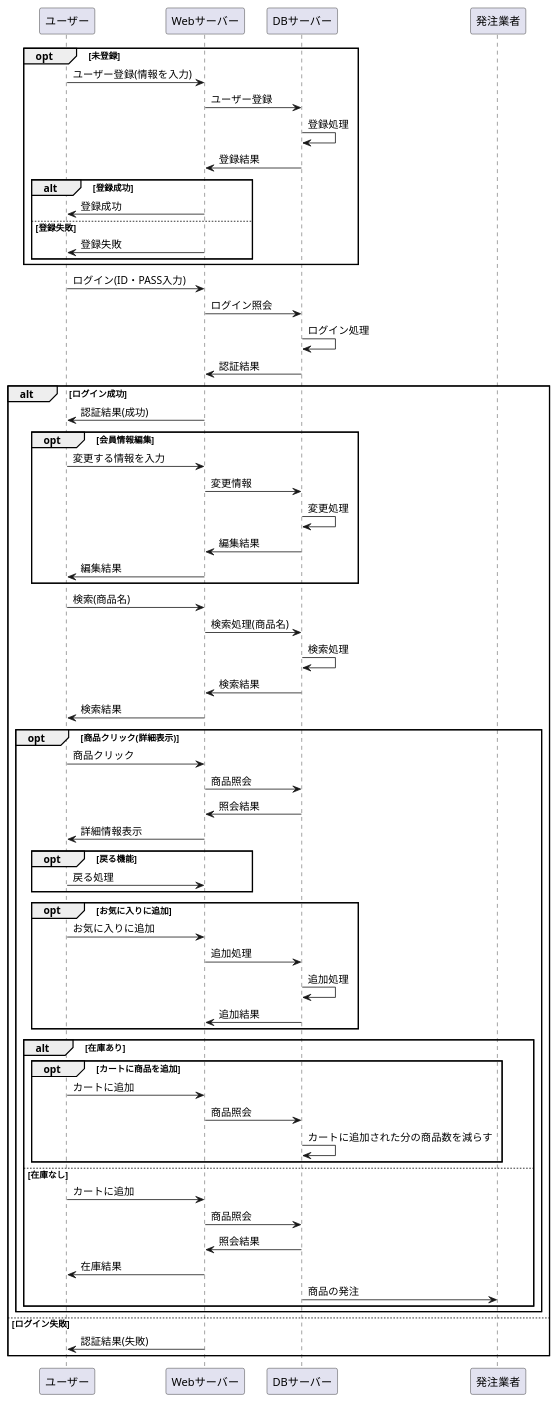
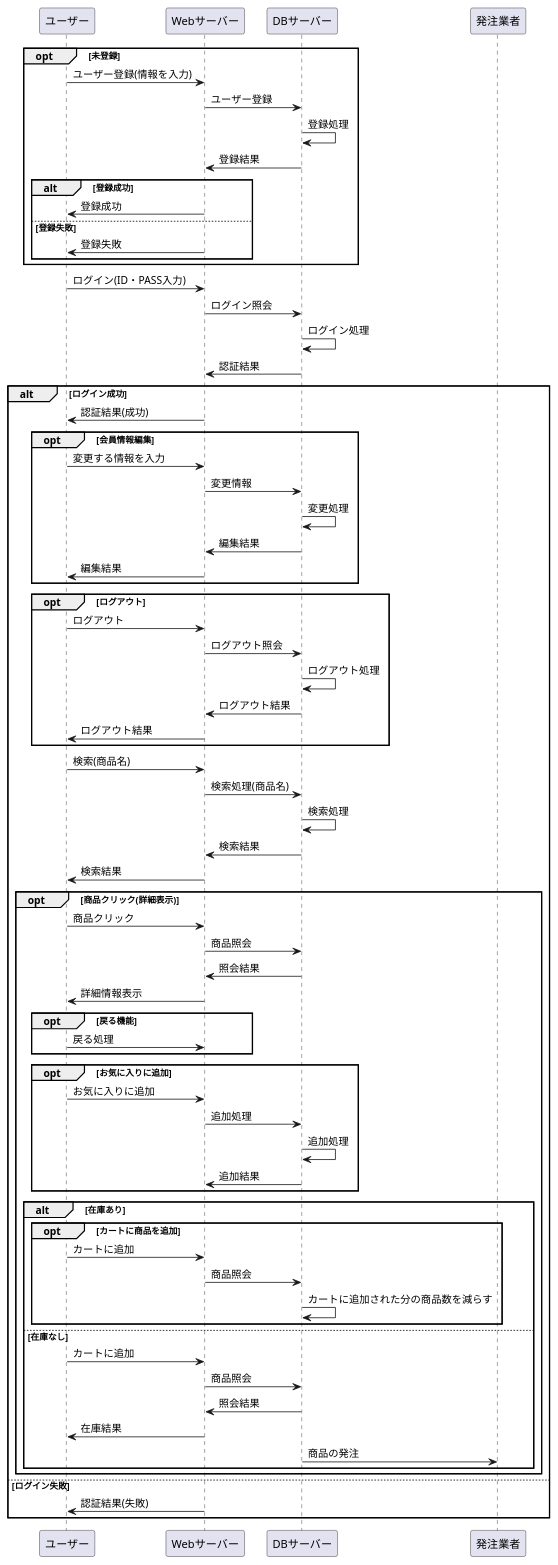
One commit to Aso2001174/2021sys-design changed the diagram in Rainbows/業務フロー2.md. Above: the diagram before and after it, drawn with PlantUML. The commit also changed other lines of this file, not shown here.

````diff
--- a/Rainbows/業務フロー2.md
+++ b/Rainbows/業務フロー2.md
@@ -1,70 +1,78 @@
 ```uml
 @startuml
 opt 未登録
 ユーザー -> Webサーバー : ユーザー登録(情報を入力)
 Webサーバー -> DBサーバー : ユーザー登録
 DBサーバー -> DBサーバー : 登録処理
 DBサーバー -> Webサーバー : 登録結果
 
 alt 登録成功
 Webサーバー -> ユーザー : 登録成功
 else 登録失敗
 Webサーバー -> ユーザー : 登録失敗
 end
 end
 
 ユーザー -> Webサーバー : ログイン(ID・PASS入力)
 Webサーバー -> DBサーバー : ログイン照会
 DBサーバー -> DBサーバー : ログイン処理
 DBサーバー -> Webサーバー : 認証結果
 
 alt ログイン成功
 Webサーバー -> ユーザー : 認証結果(成功)
 
 opt 会員情報編集
 ユーザー -> Webサーバー : 変更する情報を入力
 Webサーバー -> DBサーバー :変更情報
 DBサーバー -> DBサーバー : 変更処理
 DBサーバー -> Webサーバー : 編集結果
 Webサーバー -> ユーザー : 編集結果
+end
+
+opt ログアウト
+ユーザー -> Webサーバー : ログアウト
+Webサーバー -> DBサーバー : ログアウト照会
+DBサーバー -> DBサーバー : ログアウト処理
+DBサーバー -> Webサーバー : ログアウト結果
+Webサーバー -> ユーザー : ログアウト結果
 end
 
 ユーザー -> Webサーバー : 検索(商品名)
 Webサーバー -> DBサーバー : 検索処理(商品名)
 DBサーバー -> DBサーバー : 検索処理
 DBサーバー -> Webサーバー : 検索結果
 Webサーバー -> ユーザー : 検索結果
 
 opt 商品クリック(詳細表示)
 ユーザー -> Webサーバー : 商品クリック
 Webサーバー -> DBサーバー : 商品照会
 DBサーバー -> Webサーバー : 照会結果
 Webサーバー -> ユーザー : 詳細情報表示
 opt 戻る機能
 ユーザー -> Webサーバー : 戻る処理
 end
 opt お気に入りに追加
 ユーザー -> Webサーバー : お気に入りに追加
 Webサーバー -> DBサーバー : 追加処理
 DBサーバー -> DBサーバー : 追加処理
 DBサーバー -> Webサーバー : 追加結果
 end
 alt 在庫あり
 opt カートに商品を追加
 ユーザー -> Webサーバー : カートに追加
 Webサーバー -> DBサーバー : 商品照会
 DBサーバー -> DBサーバー : カートに追加された分の商品数を減らす
 end
 else 在庫なし
 ユーザー -> Webサーバー : カートに追加
 Webサーバー -> DBサーバー : 商品照会
 DBサーバー -> Webサーバー : 照会結果
 Webサーバー -> ユーザー : 在庫結果
 DBサーバー -> 発注業者 : 商品の発注
 end
 end
 else ログイン失敗
 Webサーバー -> ユーザー : 認証結果(失敗)
 end
 @enduml
 ```
````
